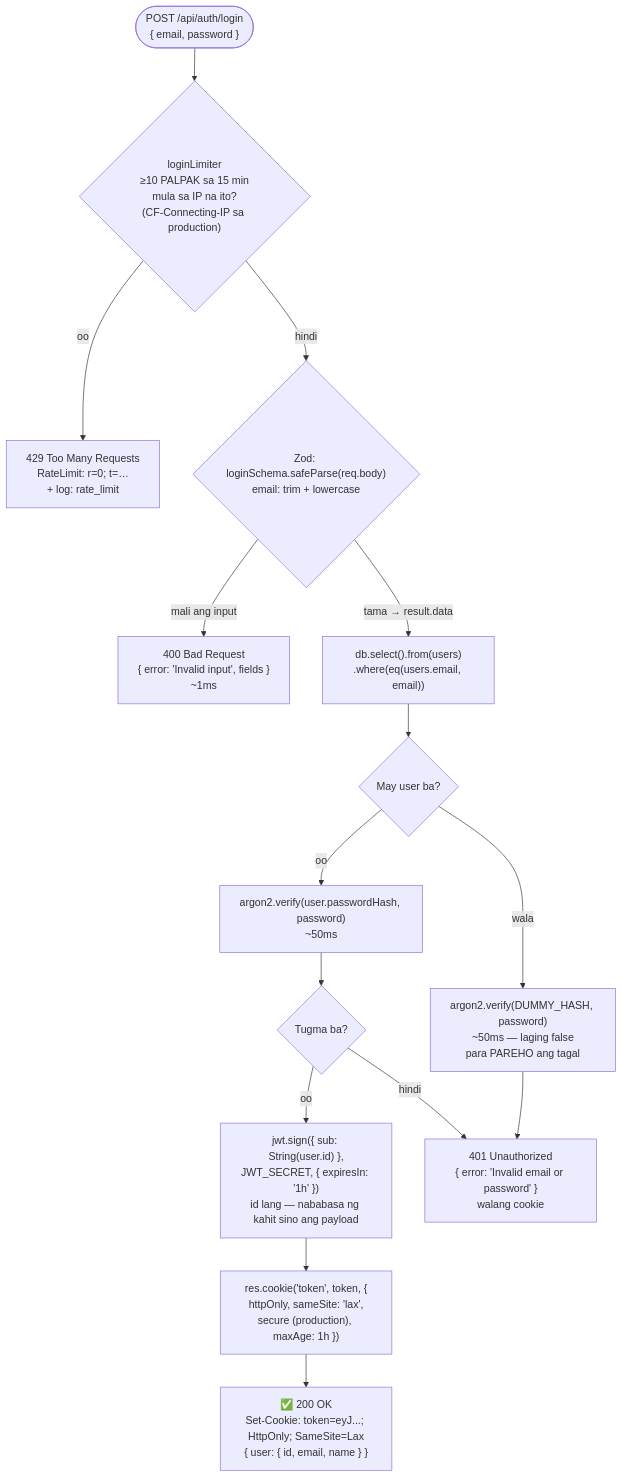
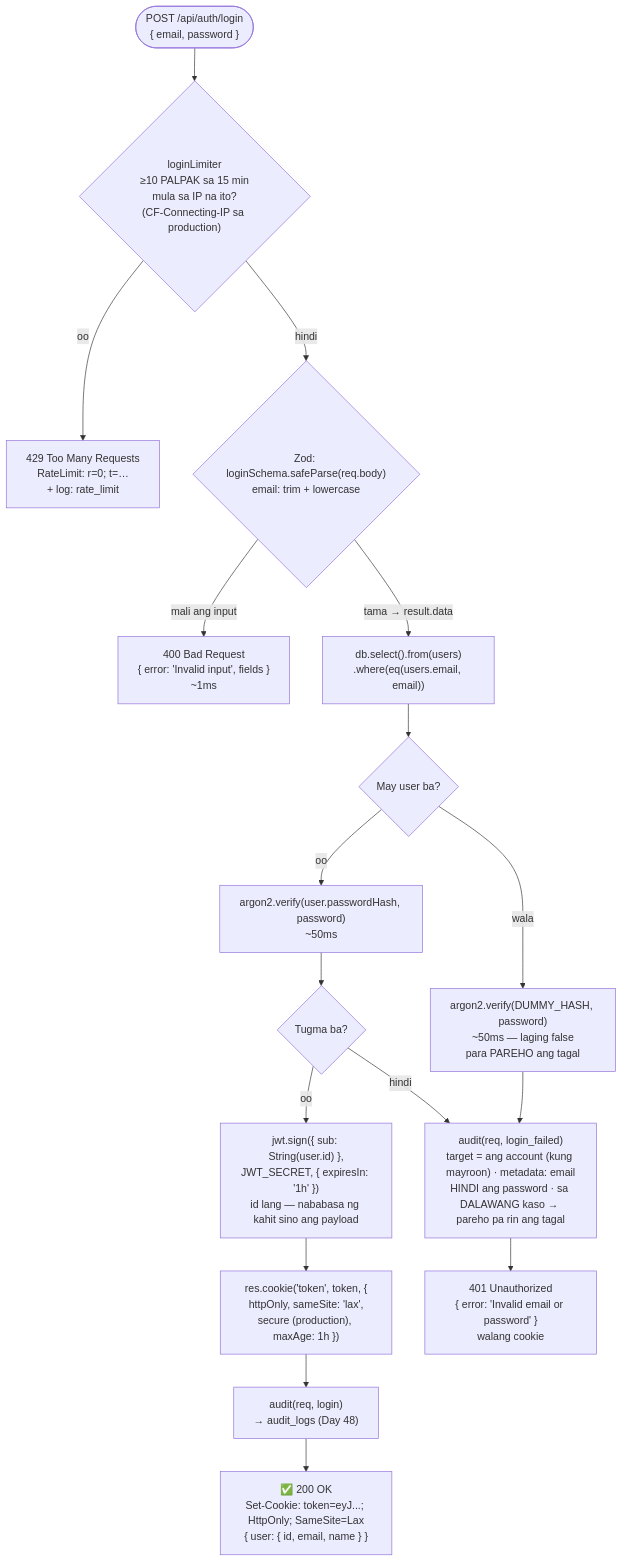
Before and after one commit to nelson1869-ai/auth-learning: the diagram in docs/diagrams/04-login-flow.md, drawn with Mermaid. The commit also changed other lines of this file and 10 other files, not shown here.

First line of the commit message:
docs: sync diagrams, .http and READMEs with Days 44–49

````diff
--- a/docs/diagrams/04-login-flow.md
+++ b/docs/diagrams/04-login-flow.md
@@ -10,17 +10,19 @@
 ```mermaid
 flowchart TD
     Req(["POST /api/auth/login<br/>{ email, password }"]) --> RL{"loginLimiter<br/>≥10 PALPAK sa 15 min<br/>mula sa IP na ito?<br/>(CF-Connecting-IP sa production)"}
     RL -->|"oo"| C429["429 Too Many Requests<br/>RateLimit: r=0; t=…<br/>+ log: rate_limit"]
     RL -->|"hindi"| Zod{"Zod: loginSchema.safeParse(req.body)<br/>email: trim + lowercase"}
     Zod -->|"mali ang input"| C400["400 Bad Request<br/>{ error: 'Invalid input', fields }<br/>~1ms"]
     Zod -->|"tama → result.data"| Find["db.select().from(users)<br/>.where(eq(users.email, email))"]
     Find --> Has{"May user ba?"}
     Has -->|"oo"| VReal["argon2.verify(user.passwordHash, password)<br/>~50ms"]
     Has -->|"wala"| VDummy["argon2.verify(DUMMY_HASH, password)<br/>~50ms — laging false<br/>para PAREHO ang tagal"]
     VReal --> Ok{"Tugma ba?"}
     Ok -->|"oo"| Sign["jwt.sign({ sub: String(user.id) },<br/>JWT_SECRET, { expiresIn: '1h' })<br/>id lang — nababasa ng kahit sino ang payload"]
     Sign --> Cookie["res.cookie('token', token, {<br/>httpOnly, sameSite: 'lax',<br/>secure (production), maxAge: 1h })"]
-    Cookie --> C200["✅ 200 OK<br/>Set-Cookie: token=eyJ...; HttpOnly; SameSite=Lax<br/>{ user: { id, email, name } }"]
-    Ok -->|"hindi"| C401["401 Unauthorized<br/>{ error: 'Invalid email or password' }<br/>walang cookie"]
-    VDummy --> C401
+    Cookie --> AudOk["audit(req, login)<br/>→ audit_logs (Day 48)"]
+    AudOk --> C200["✅ 200 OK<br/>Set-Cookie: token=eyJ...; HttpOnly; SameSite=Lax<br/>{ user: { id, email, name } }"]
+    Ok -->|"hindi"| AudFail["audit(req, login_failed)<br/>target = ang account (kung mayroon) · metadata: email<br/>HINDI ang password · sa DALAWANG kaso → pareho pa rin ang tagal"]
+    VDummy --> AudFail
+    AudFail --> C401["401 Unauthorized<br/>{ error: 'Invalid email or password' }<br/>walang cookie"]
 ```
````
